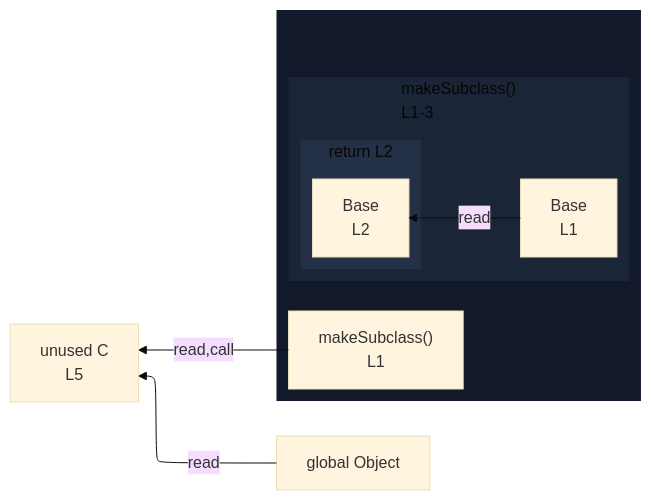
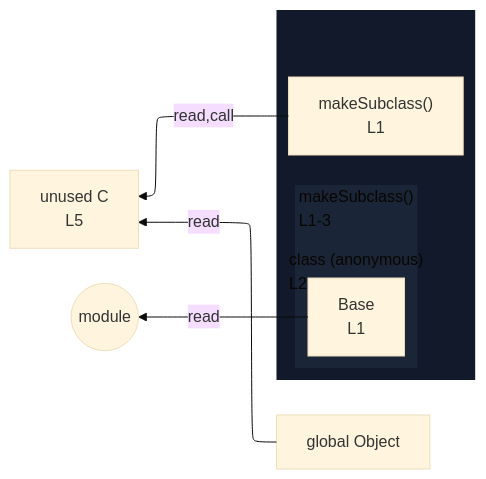
One commit to crescware/unsnarl changed the diagram in integration/fixtures/class/expression/extends-clause-in-return/preview.md. Above: the diagram before and after it, drawn with Mermaid (base theme). The commit also changed 103 other files, not shown here.

````diff
--- a/integration/fixtures/class/expression/extends-clause-in-return/preview.md
+++ b/integration/fixtures/class/expression/extends-clause-in-return/preview.md
@@ -15,27 +15,27 @@
 ```mermaid
 %%{init: {"flowchart": {"defaultRenderer": "elk"}}}%%
 flowchart RL
   n_scope_0_C_90["unused C<br/>L5"]
   n_scope_0_Object_107["global Object"]
   subgraph wrap_s_scope_1[" "]
     direction TB
     n_scope_0_makeSubclass_9["makeSubclass()<br/>L1"]
     subgraph s_scope_1["makeSubclass()<br/>L1-3"]
       direction RL
       n_scope_1_Base_22["Base<br/>L1"]
-      subgraph s_return_scope_0_makeSubclass_9_51_80["return L2"]
+      subgraph s_scope_2["class (anonymous)<br/>L2"]
         direction RL
-        ret_use_ref_0["Base<br/>L2"]
       end
     end
   end
-  n_scope_1_Base_22 -->|read| ret_use_ref_0
+  n_scope_1_Base_22 -->|read| module_root
   n_scope_0_makeSubclass_9 -->|read,call| n_scope_0_C_90
   n_scope_0_Object_107 -->|read| n_scope_0_C_90
+  module_root((module))
   classDef nestL1 fill:#11192a,stroke:transparent;
   class wrap_s_scope_1 nestL1;
   classDef nestL2 fill:#1a2538,stroke:transparent;
   class s_scope_1 nestL2;
   classDef nestL3 fill:#243047,stroke:transparent;
-  class s_return_scope_0_makeSubclass_9_51_80 nestL3;
+  class s_scope_2 nestL3;
 ```
````
